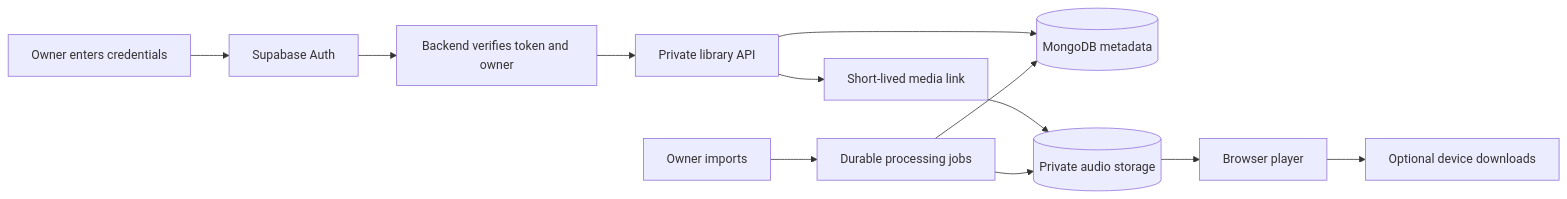
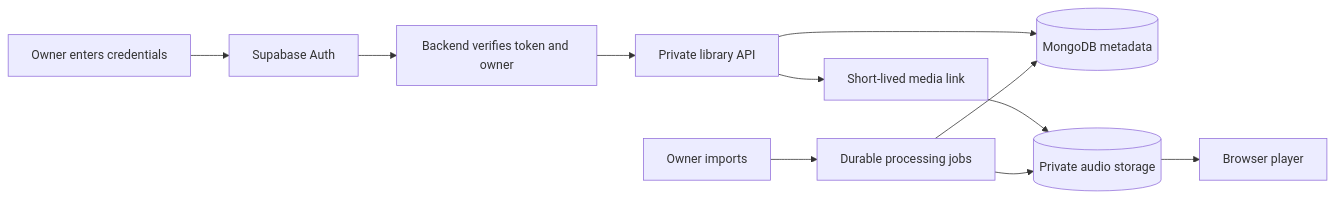
The diagram in IMPLEMENTATION_PLAN.md (bharathreddy55/AetherCast-MERN), drawn with Mermaid before and after one commit. The commit also changed other lines of this file and 23 other files, not shown here.

````diff
--- a/IMPLEMENTATION_PLAN.md
+++ b/IMPLEMENTATION_PLAN.md
@@ -38,14 +37,13 @@
 ```mermaid
 flowchart LR
   A[Owner enters credentials] --> B[Supabase Auth]
   B --> C[Backend verifies token and owner]
   C --> D[Private library API]
   D --> E[(MongoDB metadata)]
   D --> F[Short-lived media link]
   F --> G[(Private audio storage)]
   G --> H[Browser player]
-  H --> I[Optional device downloads]
   J[Owner imports] --> K[Durable processing jobs]
   K --> E
   K --> G
 ```
````
